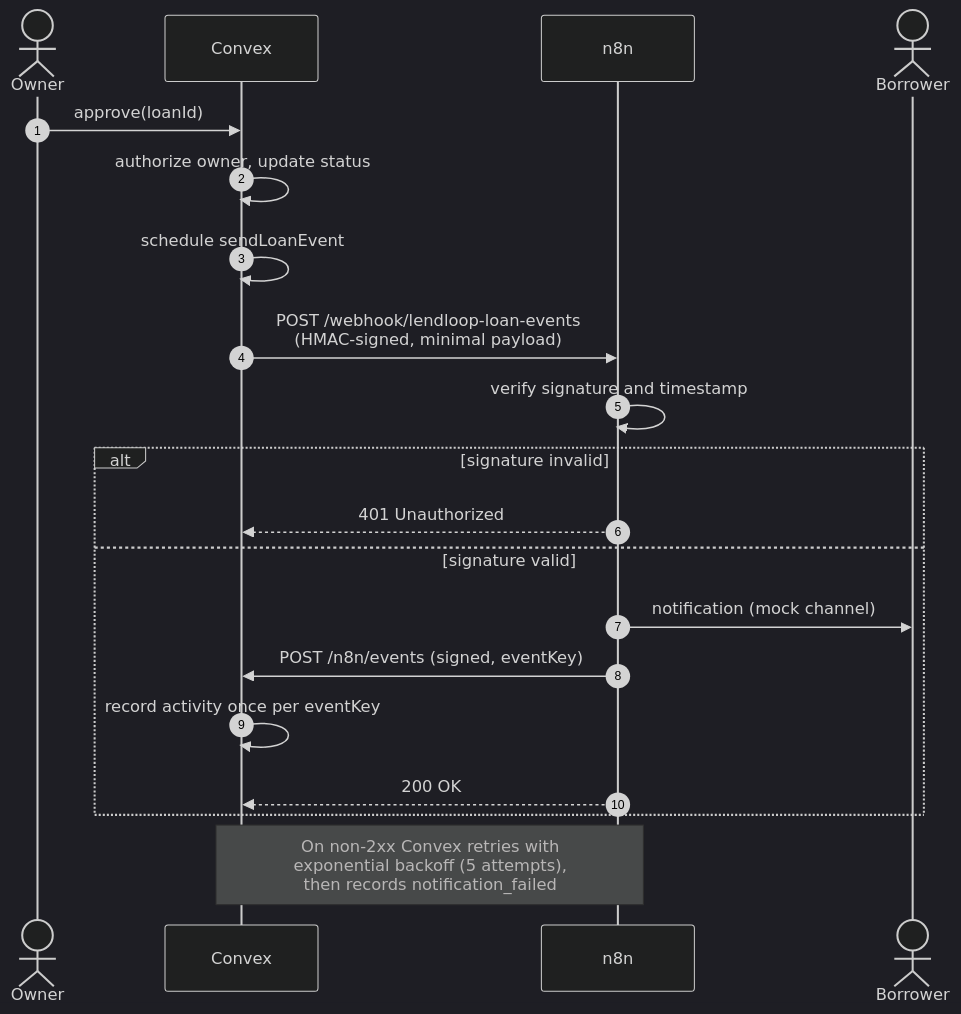
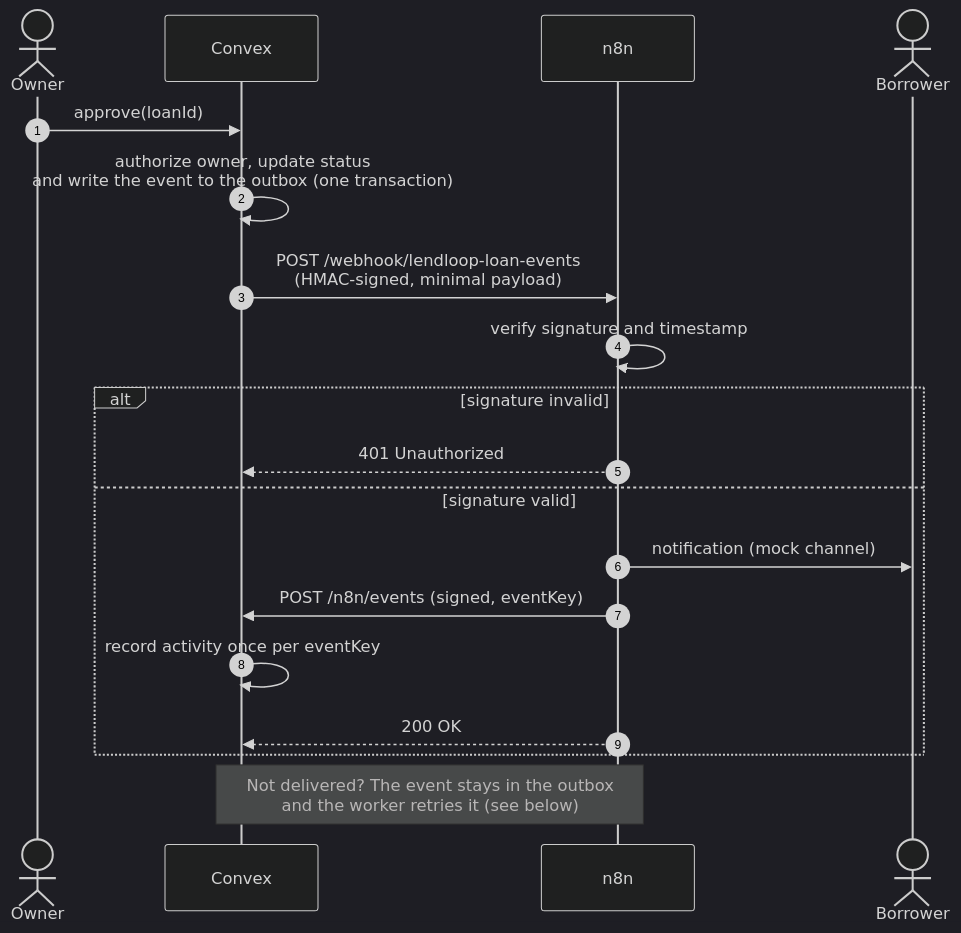
One commit to jhamiltonjunior/tool-lending-board changed the second of 8 diagrams in README.md. Above: the diagram before and after it, drawn with Mermaid (dark theme). The commit also changed other lines of this file, not shown here.

Commit message:
Document the outbox, the board clock and the scaling decisions

````diff
--- a/README.md
+++ b/README.md
@@ -120,23 +124,22 @@
 ```mermaid
 sequenceDiagram
     autonumber
     actor Owner
     participant CX as Convex
     participant N8N as n8n
     actor Borrower
 
     Owner->>CX: approve(loanId)
-    CX->>CX: authorize owner, update status
-    CX->>CX: schedule sendLoanEvent
+    CX->>CX: authorize owner, update status<br/>and write the event to the outbox (one transaction)
     CX->>N8N: POST /webhook/lendloop-loan-events<br/>(HMAC-signed, minimal payload)
     N8N->>N8N: verify signature and timestamp
     alt signature invalid
         N8N-->>CX: 401 Unauthorized
     else signature valid
         N8N->>Borrower: notification (mock channel)
         N8N->>CX: POST /n8n/events (signed, eventKey)
         CX->>CX: record activity once per eventKey
         N8N-->>CX: 200 OK
     end
-    Note over CX,N8N: On non-2xx Convex retries with<br/>exponential backoff (5 attempts),<br/>then records notification_failed
+    Note over CX,N8N: Not delivered? The event stays in the outbox<br/>and the worker retries it (see below)
 ```
````
